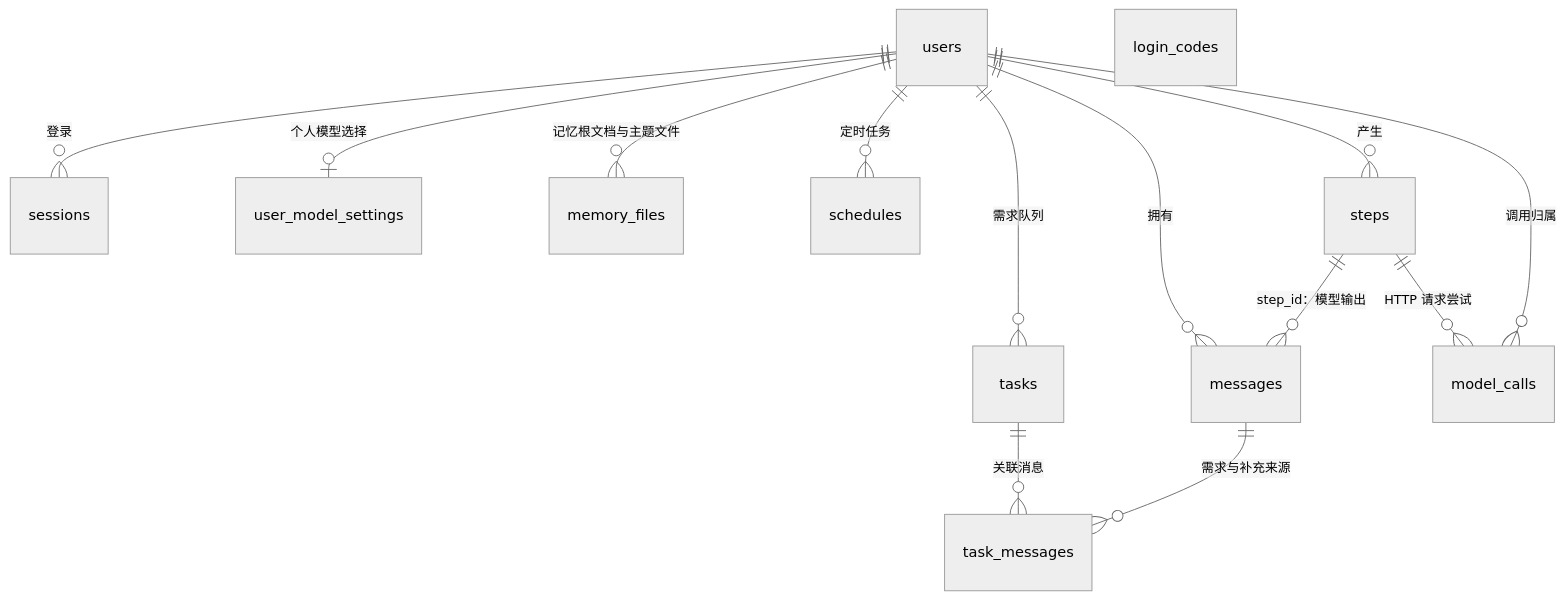
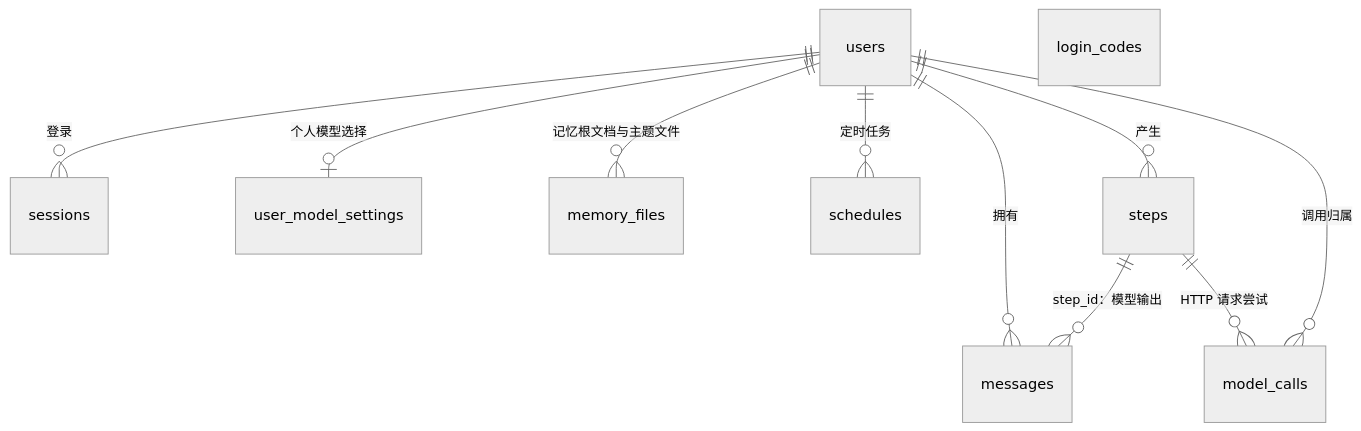
One commit to OmniNetOpensource/aether-personal changed the diagram in docs/wiki/02-data-model.md. Above: the diagram before and after it, drawn with Mermaid (neutral theme). The commit also changed other lines of this file and 8 other files, not shown here.

````diff
--- a/docs/wiki/02-data-model.md
+++ b/docs/wiki/02-data-model.md
@@ -17,16 +17,13 @@
 ```mermaid
 erDiagram
     users ||--o{ sessions : "登录"
     users ||--o| user_model_settings : "个人模型选择"
     users ||--o{ messages : "拥有"
-    users ||--o{ tasks : "需求队列"
-    tasks ||--o{ task_messages : "关联消息"
-    messages ||--o{ task_messages : "需求与补充来源"
     users ||--o{ memory_files : "记忆根文档与主题文件"
     users ||--o{ schedules : "定时任务"
     users ||--o{ steps : "产生"
     steps ||--o{ model_calls : "HTTP 请求尝试"
     users ||--o{ model_calls : "调用归属"
     steps ||--o{ messages : "step_id：模型输出"
     login_codes
 ```
````
